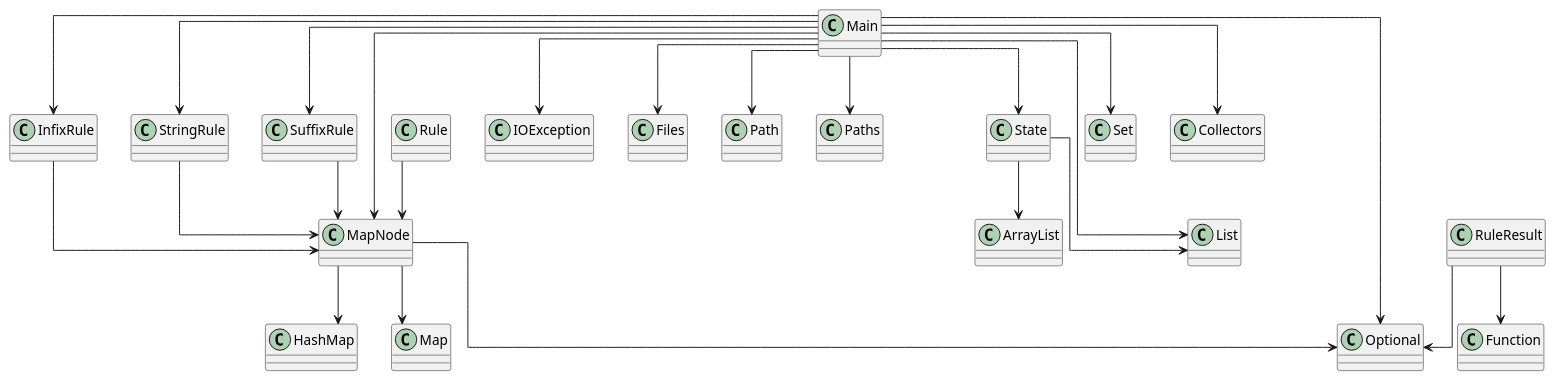
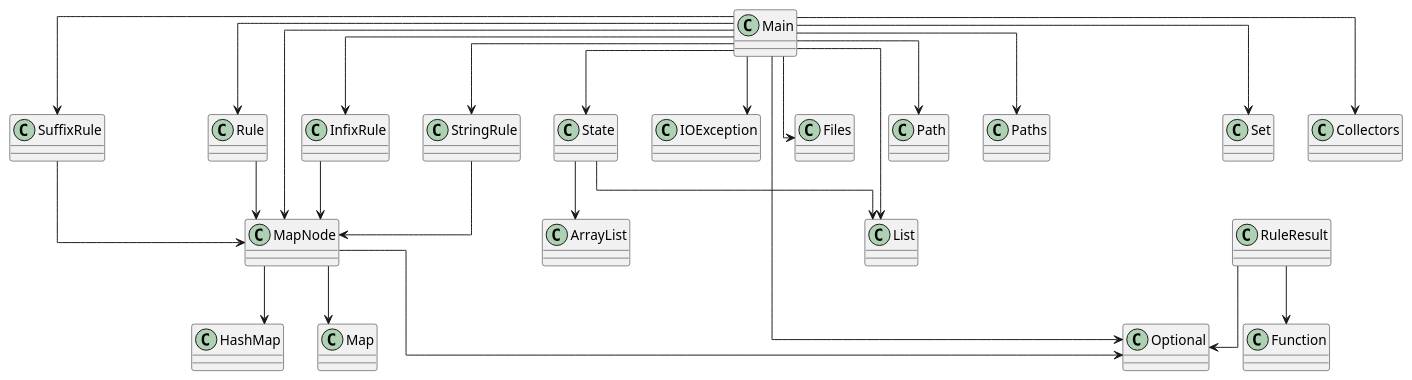
Before and after one commit to SirMathhman/Magma: the diagram in diagram.puml, drawn with PlantUML. The commit also changed 1 other file, not shown here.

Commit message:
DependencyRule

```diff
--- a/diagram.puml
+++ b/diagram.puml
@@ -1,35 +1,36 @@
 @startuml
 skinparam linetype ortho
 class SuffixRule
 SuffixRule --> MapNode
 class Rule
 Rule --> MapNode
 class InfixRule
 InfixRule --> MapNode
 class Main
 Main --> MapNode
 Main --> State
 Main --> InfixRule
+Main --> Rule
 Main --> StringRule
 Main --> SuffixRule
 Main --> IOException
 Main --> Files
 Main --> Path
 Main --> Paths
 Main --> List
 Main --> Optional
 Main --> Set
 Main --> Collectors
 class RuleResult
 RuleResult --> Optional
 RuleResult --> Function
 class MapNode
 MapNode --> HashMap
 MapNode --> Map
 MapNode --> Optional
 class StringRule
 StringRule --> MapNode
 class State
 State --> ArrayList
 State --> List
 @enduml
```
